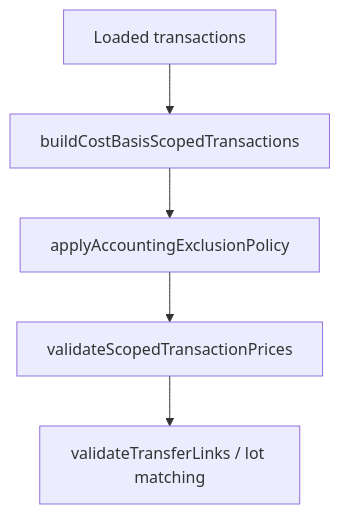
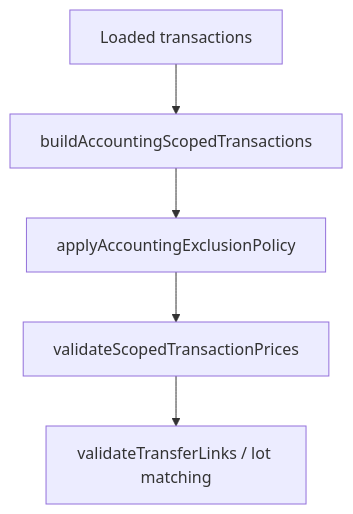
The second of 2 diagrams in docs/specs/accounting-exclusions.md (jbelanger/exitbook), drawn with Mermaid before and after one commit. The commit also changed other lines of this file and 33 other files, not shown here.

Commit message:
Move scoped accounting build into accounting layer

````diff
--- a/docs/specs/accounting-exclusions.md
+++ b/docs/specs/accounting-exclusions.md
@@ -178,7 +178,7 @@
 ```mermaid
 graph TD
-    A["Loaded transactions"] --> B["buildCostBasisScopedTransactions"]
+    A["Loaded transactions"] --> B["buildAccountingScopedTransactions"]
     B --> C["applyAccountingExclusionPolicy"]
     C --> D["validateScopedTransactionPrices"]
     D --> E["validateTransferLinks / lot matching"]
 ```
````
